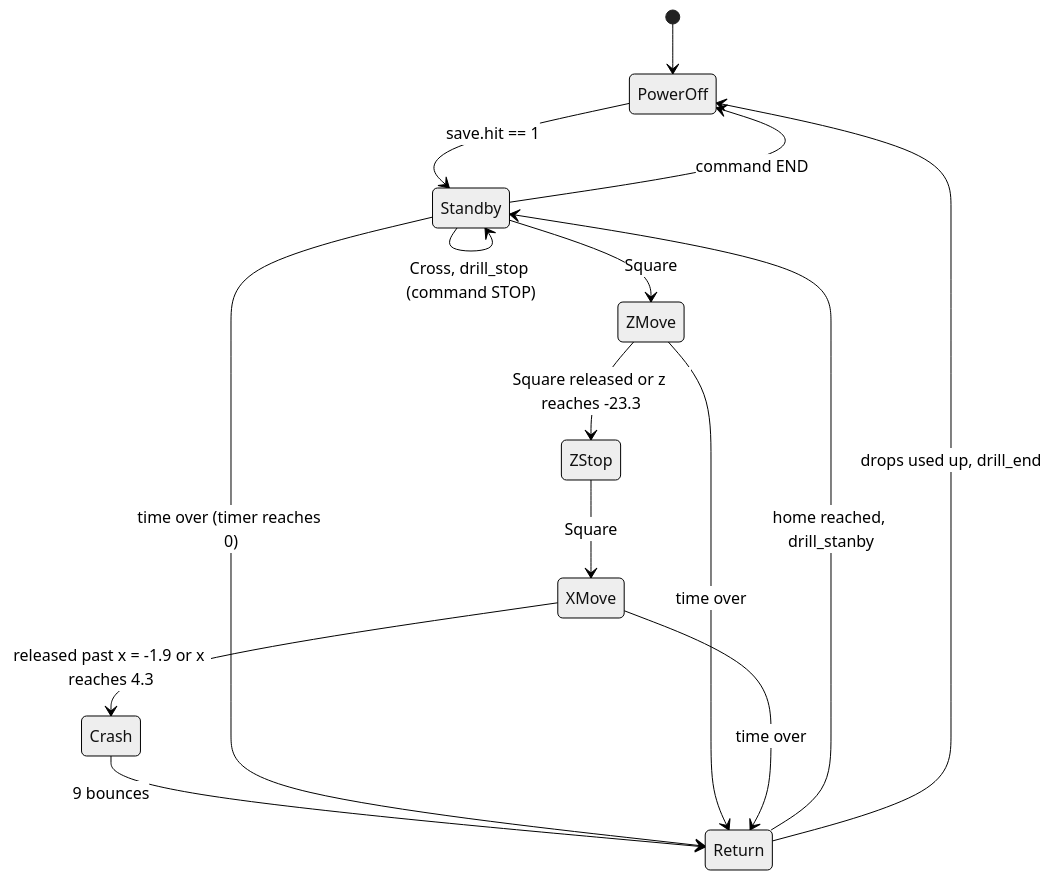
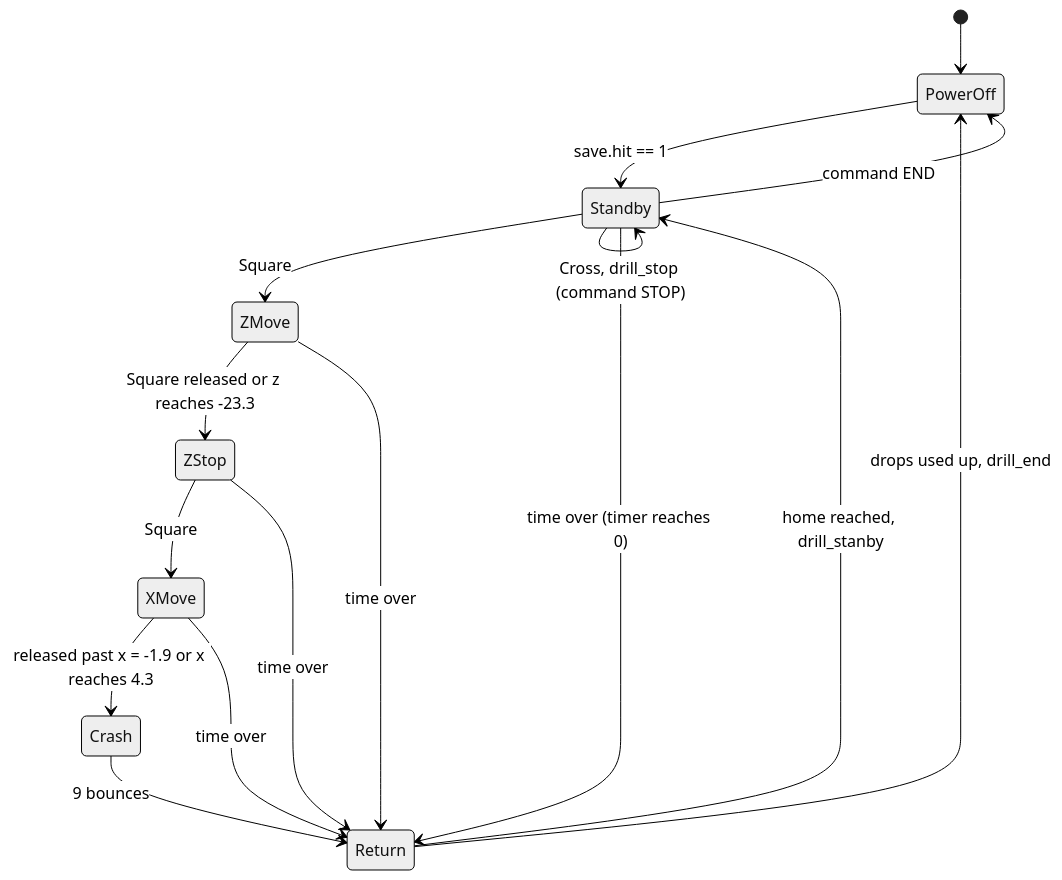
One commit to OpokXeno/xsg-i-decomp changed the third of 5 diagrams in documentation/game/minigames/driller-game.md. Above: the diagram before and after it, drawn with Mermaid (neutral theme). The commit also changed other lines of this file and 41 other files, not shown here.

````diff
--- a/documentation/game/minigames/driller-game.md
+++ b/documentation/game/minigames/driller-game.md
@@ -253,17 +253,18 @@
 ```mermaid
 stateDiagram-v2
     [*] --> PowerOff
     PowerOff --> Standby : save.hit == 1
     Standby --> ZMove : Square
     Standby --> Standby : Cross, drill_stop (command STOP)
     Standby --> PowerOff : command END
     ZMove --> ZStop : Square released or z reaches -23.3
     ZStop --> XMove : Square
     XMove --> Crash : released past x = -1.9 or x reaches 4.3
     Crash --> Return : 9 bounces
     Return --> Standby : home reached, drill_stanby
     Return --> PowerOff : drops used up, drill_end
     Standby --> Return : time over (timer reaches 0)
     ZMove --> Return : time over
+    ZStop --> Return : time over
     XMove --> Return : time over
 ```
````
